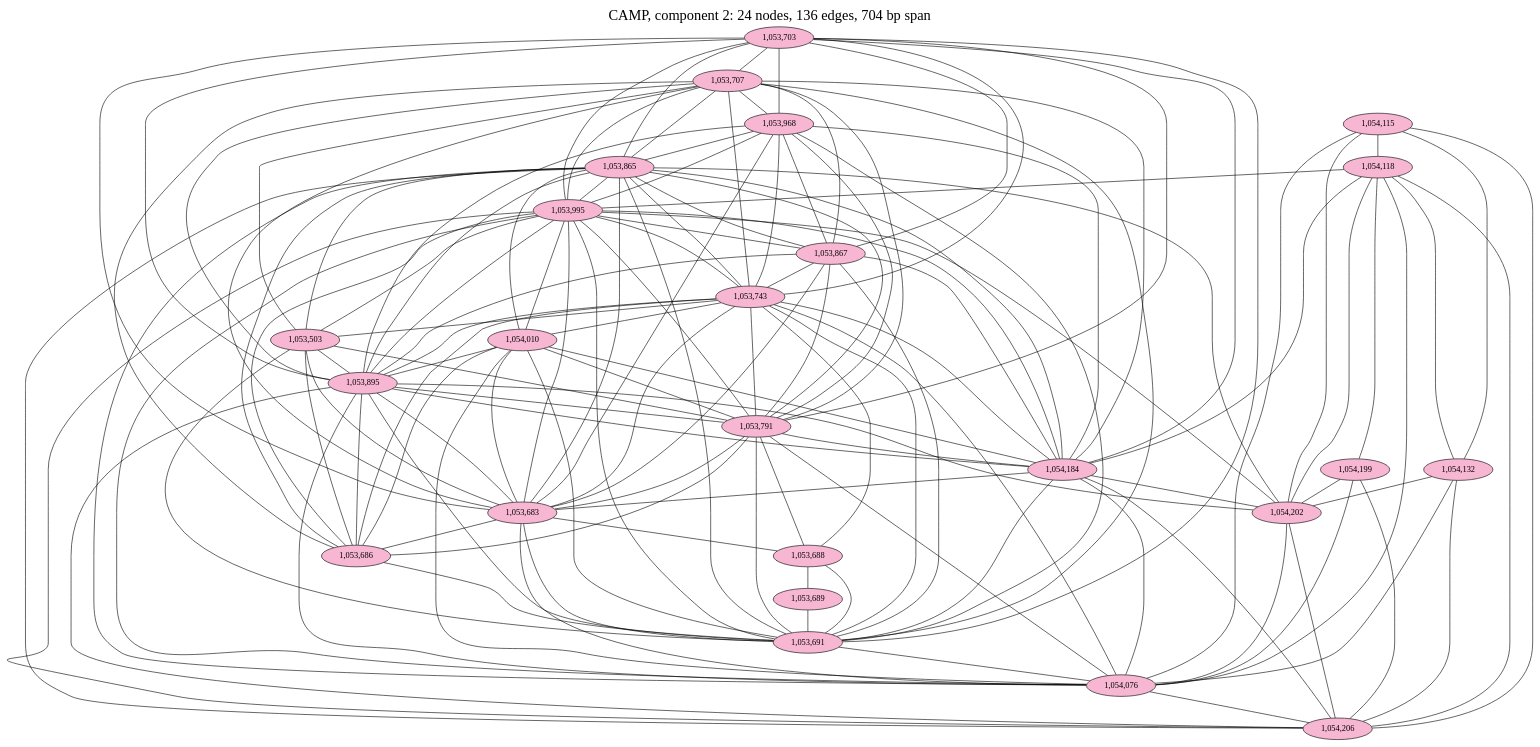
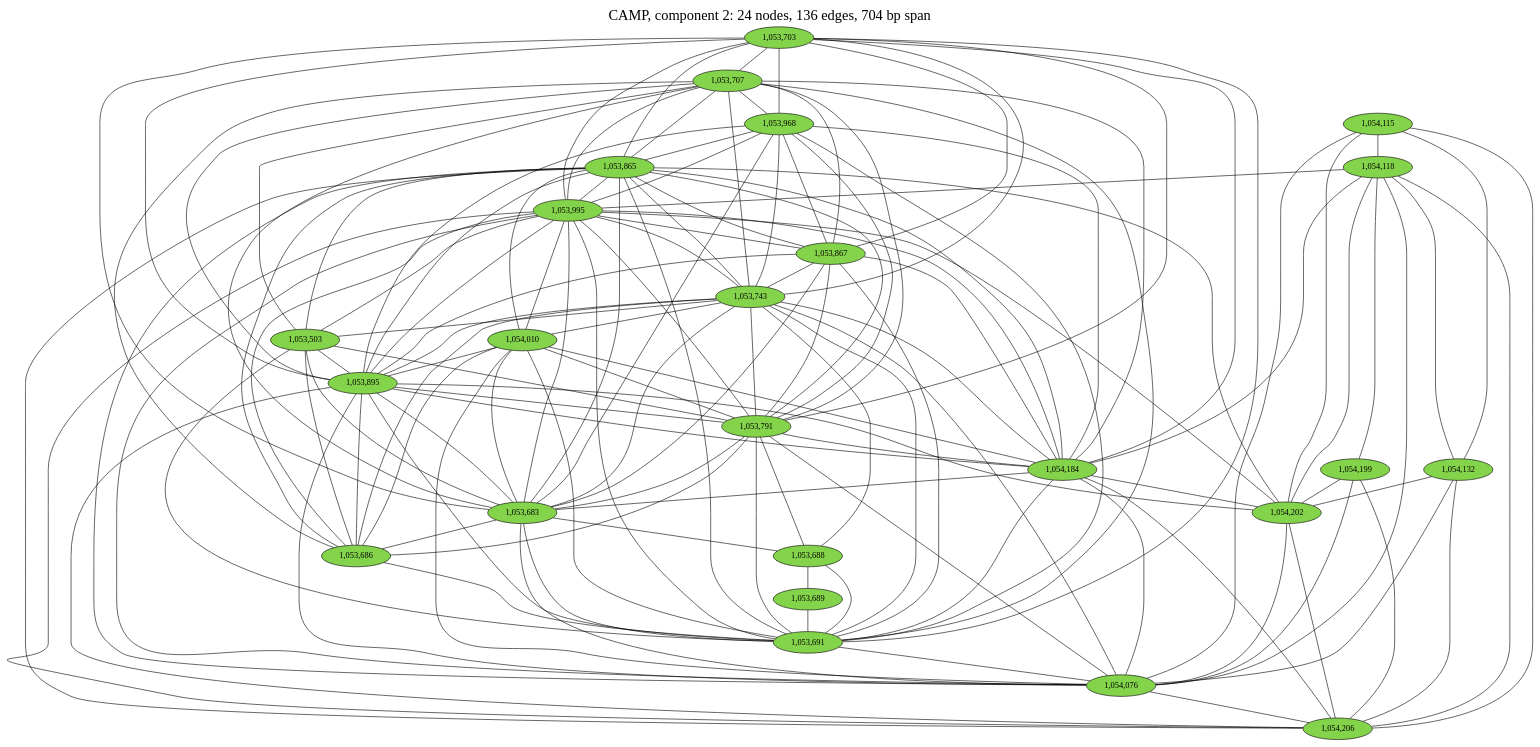
The diagram in notebooks/graphs/CAMP_cc2.gv (fedarko/sheepgut), drawn with Graphviz before and after one commit. The commit also changed 64 other files, not shown here.

Commit message:
use viridis for gene colors in LM graphs

```diff
--- a/notebooks/graphs/CAMP_cc2.gv
+++ b/notebooks/graphs/CAMP_cc2.gv
@@ -1,167 +1,167 @@
 graph CAMP_cc2 {
 	overlap="prism50";
 	outputorder="edgesfirst";
 	label="CAMP, component 2: 24 nodes, 136 edges, 704 bp span";
 	labelloc="t";
 	fontsize=24;
-	"1,053,703" [style="filled", fillcolor="#f7b6d2", fontcolor="#000000"];
-	"1,053,707" [style="filled", fillcolor="#f7b6d2", fontcolor="#000000"];
-	"1,053,968" [style="filled", fillcolor="#f7b6d2", fontcolor="#000000"];
-	"1,054,115" [style="filled", fillcolor="#f7b6d2", fontcolor="#000000"];
-	"1,054,118" [style="filled", fillcolor="#f7b6d2", fontcolor="#000000"];
-	"1,053,865" [style="filled", fillcolor="#f7b6d2", fontcolor="#000000"];
-	"1,053,995" [style="filled", fillcolor="#f7b6d2", fontcolor="#000000"];
-	"1,053,867" [style="filled", fillcolor="#f7b6d2", fontcolor="#000000"];
-	"1,053,743" [style="filled", fillcolor="#f7b6d2", fontcolor="#000000"];
-	"1,054,132" [style="filled", fillcolor="#f7b6d2", fontcolor="#000000"];
-	"1,054,010" [style="filled", fillcolor="#f7b6d2", fontcolor="#000000"];
-	"1,053,503" [style="filled", fillcolor="#f7b6d2", fontcolor="#000000"];
-	"1,053,895" [style="filled", fillcolor="#f7b6d2", fontcolor="#000000"];
-	"1,053,791" [style="filled", fillcolor="#f7b6d2", fontcolor="#000000"];
-	"1,054,184" [style="filled", fillcolor="#f7b6d2", fontcolor="#000000"];
-	"1,053,683" [style="filled", fillcolor="#f7b6d2", fontcolor="#000000"];
-	"1,053,686" [style="filled", fillcolor="#f7b6d2", fontcolor="#000000"];
-	"1,054,199" [style="filled", fillcolor="#f7b6d2", fontcolor="#000000"];
-	"1,053,688" [style="filled", fillcolor="#f7b6d2", fontcolor="#000000"];
-	"1,053,689" [style="filled", fillcolor="#f7b6d2", fontcolor="#000000"];
-	"1,054,202" [style="filled", fillcolor="#f7b6d2", fontcolor="#000000"];
-	"1,053,691" [style="filled", fillcolor="#f7b6d2", fontcolor="#000000"];
-	"1,054,076" [style="filled", fillcolor="#f7b6d2", fontcolor="#000000"];
-	"1,054,206" [style="filled", fillcolor="#f7b6d2", fontcolor="#000000"];
+	"1,053,703" [style="filled", fillcolor="#84d44b", fontcolor="#000000"];
+	"1,053,707" [style="filled", fillcolor="#84d44b", fontcolor="#000000"];
+	"1,053,968" [style="filled", fillcolor="#84d44b", fontcolor="#000000"];
+	"1,054,115" [style="filled", fillcolor="#84d44b", fontcolor="#000000"];
+	"1,054,118" [style="filled", fillcolor="#84d44b", fontcolor="#000000"];
+	"1,053,865" [style="filled", fillcolor="#84d44b", fontcolor="#000000"];
+	"1,053,995" [style="filled", fillcolor="#84d44b", fontcolor="#000000"];
+	"1,053,867" [style="filled", fillcolor="#84d44b", fontcolor="#000000"];
+	"1,053,743" [style="filled", fillcolor="#84d44b", fontcolor="#000000"];
+	"1,054,132" [style="filled", fillcolor="#84d44b", fontcolor="#000000"];
+	"1,054,010" [style="filled", fillcolor="#84d44b", fontcolor="#000000"];
+	"1,053,503" [style="filled", fillcolor="#84d44b", fontcolor="#000000"];
+	"1,053,895" [style="filled", fillcolor="#84d44b", fontcolor="#000000"];
+	"1,053,791" [style="filled", fillcolor="#84d44b", fontcolor="#000000"];
+	"1,054,184" [style="filled", fillcolor="#84d44b", fontcolor="#000000"];
+	"1,053,683" [style="filled", fillcolor="#84d44b", fontcolor="#000000"];
+	"1,053,686" [style="filled", fillcolor="#84d44b", fontcolor="#000000"];
+	"1,054,199" [style="filled", fillcolor="#84d44b", fontcolor="#000000"];
+	"1,053,688" [style="filled", fillcolor="#84d44b", fontcolor="#000000"];
+	"1,053,689" [style="filled", fillcolor="#84d44b", fontcolor="#000000"];
+	"1,054,202" [style="filled", fillcolor="#84d44b", fontcolor="#000000"];
+	"1,053,691" [style="filled", fillcolor="#84d44b", fontcolor="#000000"];
+	"1,054,076" [style="filled", fillcolor="#84d44b", fontcolor="#000000"];
+	"1,054,206" [style="filled", fillcolor="#84d44b", fontcolor="#000000"];
 	"1,053,703" -- "1,053,683";
 	"1,053,703" -- "1,053,691";
 	"1,053,703" -- "1,053,707";
 	"1,053,703" -- "1,053,743";
 	"1,053,703" -- "1,053,791";
 	"1,053,703" -- "1,053,865";
 	"1,053,703" -- "1,053,867";
 	"1,053,703" -- "1,053,895";
 	"1,053,703" -- "1,053,968";
 	"1,053,703" -- "1,053,995";
 	"1,053,703" -- "1,054,184";
 	"1,053,707" -- "1,053,503";
 	"1,053,707" -- "1,053,683";
 	"1,053,707" -- "1,053,686";
 	"1,053,707" -- "1,053,691";
 	"1,053,707" -- "1,053,743";
 	"1,053,707" -- "1,053,791";
 	"1,053,707" -- "1,053,865";
 	"1,053,707" -- "1,053,867";
 	"1,053,707" -- "1,053,895";
 	"1,053,707" -- "1,053,968";
 	"1,053,707" -- "1,053,995";
 	"1,053,707" -- "1,054,184";
 	"1,053,968" -- "1,053,683";
 	"1,053,968" -- "1,053,691";
 	"1,053,968" -- "1,053,743";
 	"1,053,968" -- "1,053,791";
 	"1,053,968" -- "1,053,865";
 	"1,053,968" -- "1,053,867";
 	"1,053,968" -- "1,053,895";
 	"1,053,968" -- "1,053,995";
 	"1,053,968" -- "1,054,184";
 	"1,054,115" -- "1,054,076";
 	"1,054,115" -- "1,054,118";
 	"1,054,115" -- "1,054,132";
 	"1,054,115" -- "1,054,202";
 	"1,054,115" -- "1,054,206";
 	"1,054,118" -- "1,053,995";
 	"1,054,118" -- "1,054,076";
 	"1,054,118" -- "1,054,132";
 	"1,054,118" -- "1,054,184";
 	"1,054,118" -- "1,054,199";
 	"1,054,118" -- "1,054,202";
 	"1,054,118" -- "1,054,206";
 	"1,053,865" -- "1,053,503";
 	"1,053,865" -- "1,053,683";
 	"1,053,865" -- "1,053,686";
 	"1,053,865" -- "1,053,691";
 	"1,053,865" -- "1,053,743";
 	"1,053,865" -- "1,053,791";
 	"1,053,865" -- "1,053,867";
 	"1,053,865" -- "1,053,895";
 	"1,053,865" -- "1,053,995";
 	"1,053,865" -- "1,054,010";
 	"1,053,865" -- "1,054,076";
 	"1,053,865" -- "1,054,184";
 	"1,053,865" -- "1,054,202";
 	"1,053,865" -- "1,054,206";
 	"1,053,995" -- "1,053,503";
 	"1,053,995" -- "1,053,683";
 	"1,053,995" -- "1,053,686";
 	"1,053,995" -- "1,053,691";
 	"1,053,995" -- "1,053,743";
 	"1,053,995" -- "1,053,791";
 	"1,053,995" -- "1,053,867";
 	"1,053,995" -- "1,053,895";
 	"1,053,995" -- "1,054,010";
 	"1,053,995" -- "1,054,076";
 	"1,053,995" -- "1,054,184";
 	"1,053,995" -- "1,054,202";
 	"1,053,995" -- "1,054,206";
 	"1,053,867" -- "1,053,683";
 	"1,053,867" -- "1,053,691";
 	"1,053,867" -- "1,053,743";
 	"1,053,867" -- "1,053,791";
 	"1,053,867" -- "1,053,895";
 	"1,053,867" -- "1,054,184";
 	"1,053,743" -- "1,053,503";
 	"1,053,743" -- "1,053,683";
 	"1,053,743" -- "1,053,686";
 	"1,053,743" -- "1,053,688";
 	"1,053,743" -- "1,053,691";
 	"1,053,743" -- "1,053,791";
 	"1,053,743" -- "1,053,895";
 	"1,053,743" -- "1,054,010";
 	"1,053,743" -- "1,054,076";
 	"1,053,743" -- "1,054,184";
 	"1,054,132" -- "1,054,076";
 	"1,054,132" -- "1,054,202";
 	"1,054,132" -- "1,054,206";
 	"1,054,010" -- "1,053,683";
 	"1,054,010" -- "1,053,686";
 	"1,054,010" -- "1,053,691";
 	"1,054,010" -- "1,053,791";
 	"1,054,010" -- "1,053,895";
 	"1,054,010" -- "1,054,076";
 	"1,054,010" -- "1,054,184";
 	"1,053,503" -- "1,053,683";
 	"1,053,503" -- "1,053,686";
 	"1,053,503" -- "1,053,691";
 	"1,053,503" -- "1,053,791";
 	"1,053,503" -- "1,053,895";
 	"1,053,895" -- "1,053,683";
 	"1,053,895" -- "1,053,686";
 	"1,053,895" -- "1,053,691";
 	"1,053,895" -- "1,053,791";
 	"1,053,895" -- "1,054,076";
 	"1,053,895" -- "1,054,184";
 	"1,053,895" -- "1,054,202";
 	"1,053,895" -- "1,054,206";
 	"1,053,791" -- "1,053,683";
 	"1,053,791" -- "1,053,686";
 	"1,053,791" -- "1,053,688";
 	"1,053,791" -- "1,053,691";
 	"1,053,791" -- "1,054,076";
 	"1,053,791" -- "1,054,184";
 	"1,054,184" -- "1,053,683";
 	"1,054,184" -- "1,053,691";
 	"1,054,184" -- "1,054,076";
 	"1,054,184" -- "1,054,202";
 	"1,054,184" -- "1,054,206";
 	"1,053,683" -- "1,053,686";
 	"1,053,683" -- "1,053,688";
 	"1,053,683" -- "1,053,691";
 	"1,053,683" -- "1,054,076";
 	"1,053,686" -- "1,053,691";
 	"1,054,199" -- "1,054,076";
 	"1,054,199" -- "1,054,202";
 	"1,054,199" -- "1,054,206";
 	"1,053,688" -- "1,053,689";
 	"1,053,688" -- "1,053,691";
 	"1,053,689" -- "1,053,691";
 	"1,054,202" -- "1,054,076";
 	"1,054,202" -- "1,054,206";
 	"1,053,691" -- "1,054,076";
 	"1,054,076" -- "1,054,206";
 }
```
